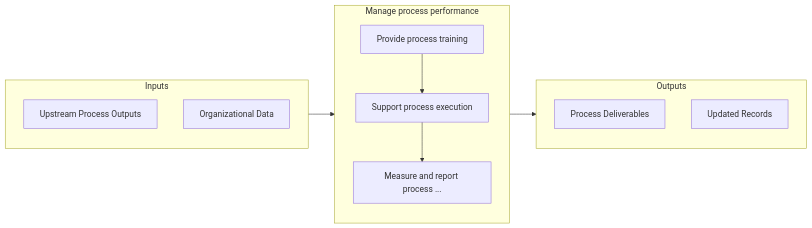
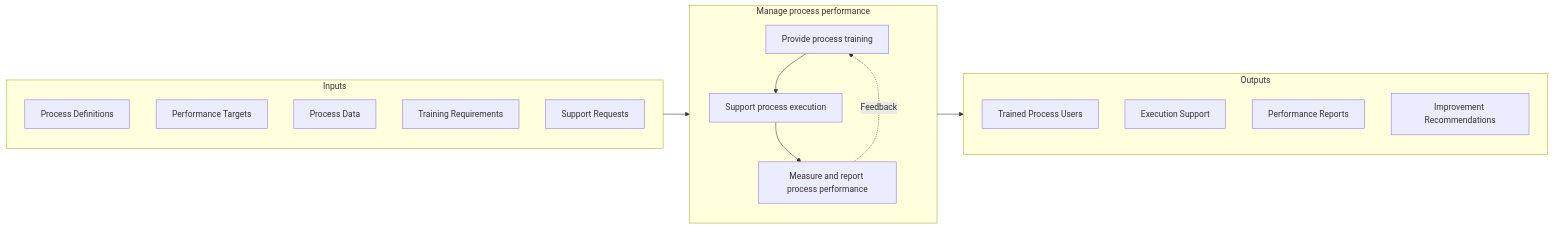
Before and after one commit to kziemski/business.org.ai: the second of 2 diagrams in processes/13-Capabilities/13.1-ManageBusinessProcesses/13.1.4-ManageProcessPerformance/index.mdx, drawn with Mermaid. The commit also changed other lines of this file and 885 other files, not shown here.

````diff
--- a/processes/13-Capabilities/13.1-ManageBusinessProcesses/13.1.4-ManageProcessPerformance/index.mdx
+++ b/processes/13-Capabilities/13.1-ManageBusinessProcesses/13.1.4-ManageProcessPerformance/index.mdx
@@ -61,22 +63,28 @@
 ```mermaid
 flowchart LR
     subgraph Inputs["Inputs"]
-        I1["Upstream Process Outputs"]
-        I2["Organizational Data"]
+        I1["Process Definitions"]
+        I2["Performance Targets"]
+        I3["Process Data"]
+        I4["Training Requirements"]
+        I5["Support Requests"]
     end
 
     subgraph Process["Manage process performance"]
         S1["Provide process training"]
         S2["Support process execution"]
-        S3["Measure and report process ..."]
+        S3["Measure and report process performance"]
     end
 
     subgraph Outputs["Outputs"]
-        O1["Process Deliverables"]
-        O2["Updated Records"]
+        O1["Trained Process Users"]
+        O2["Execution Support"]
+        O3["Performance Reports"]
+        O4["Improvement Recommendations"]
     end
 
     Inputs --> Process --> Outputs
     S1 --> S2
     S2 --> S3
+    S3 -.->|Feedback| S1
 ```
````
